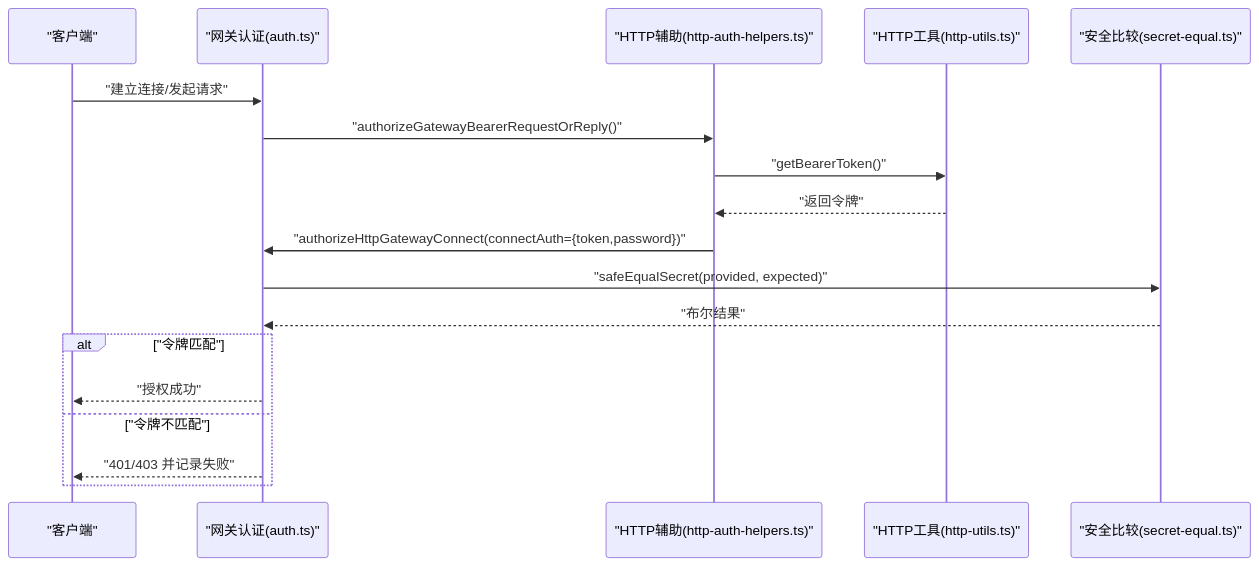
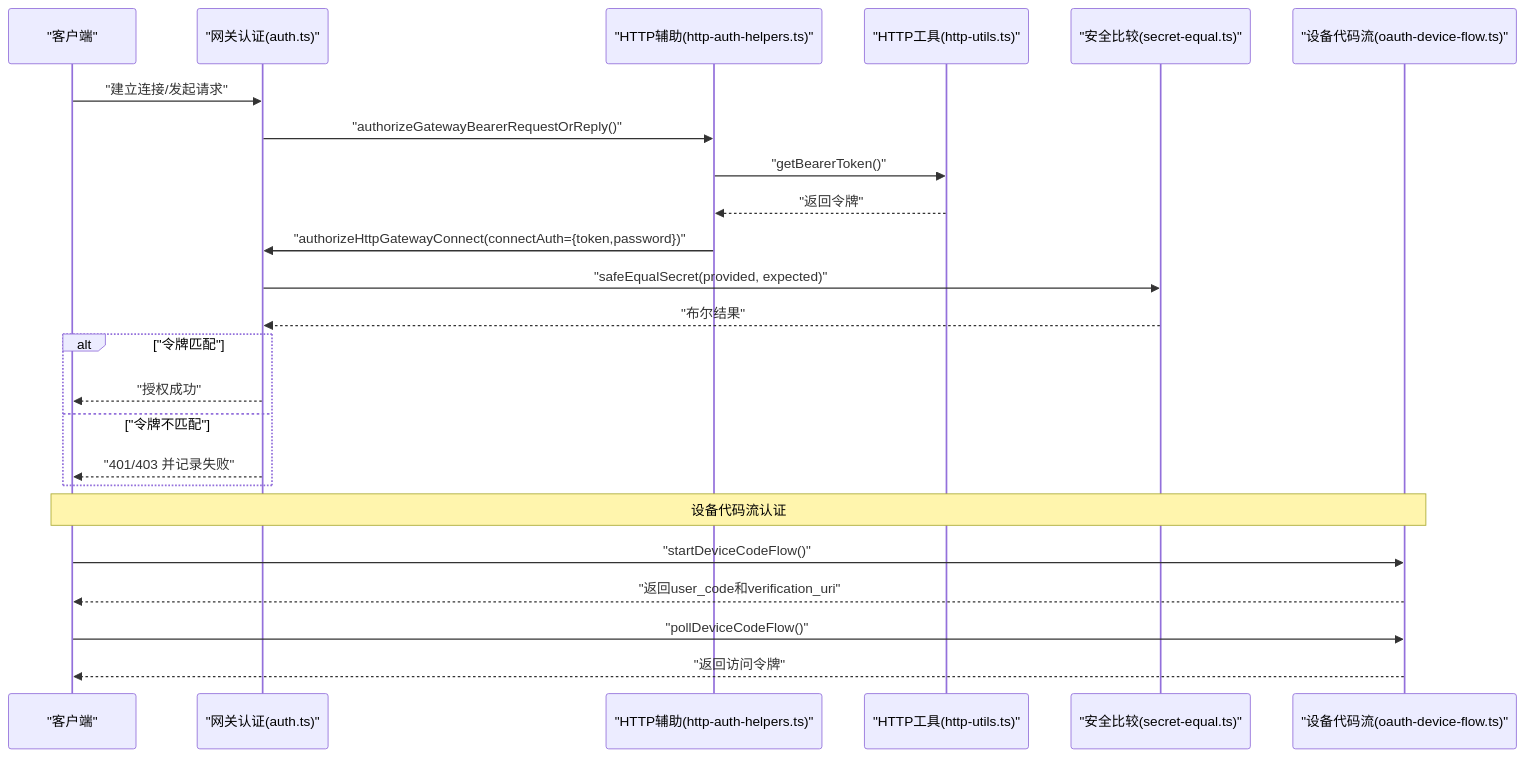
The second of 11 diagrams in .qoder/repowiki/zh/content/安全与配置/认证系统/认证系统.md (verse-ai-org/openclaw), drawn with Mermaid before and after one commit. The commit also changed other lines of this file and 19 other files, not shown here.

````diff
--- a/.qoder/repowiki/zh/content/安全与配置/认证系统/认证系统.md
+++ b/.qoder/repowiki/zh/content/安全与配置/认证系统/认证系统.md
@@ -116,20 +153,26 @@
 ```mermaid
 sequenceDiagram
 participant C as "客户端"
 participant GW as "网关认证(auth.ts)"
 participant HL as "HTTP辅助(http-auth-helpers.ts)"
 participant UT as "HTTP工具(http-utils.ts)"
 participant SEC as "安全比较(secret-equal.ts)"
+participant ODF as "设备代码流(oauth-device-flow.ts)"
 C->>GW : "建立连接/发起请求"
 GW->>HL : "authorizeGatewayBearerRequestOrReply()"
 HL->>UT : "getBearerToken()"
 UT-->>HL : "返回令牌"
 HL->>GW : "authorizeHttpGatewayConnect(connectAuth={token,password})"
 GW->>SEC : "safeEqualSecret(provided, expected)"
 SEC-->>GW : "布尔结果"
 alt "令牌匹配"
 GW-->>C : "授权成功"
 else "令牌不匹配"
 GW-->>C : "401/403 并记录失败"
 end
+Note over ODF,C : 设备代码流认证
+C->>ODF : "startDeviceCodeFlow()"
+ODF-->>C : "返回user_code和verification_uri"
+C->>ODF : "pollDeviceCodeFlow()"
+ODF-->>C : "返回访问令牌"
 ```
````
